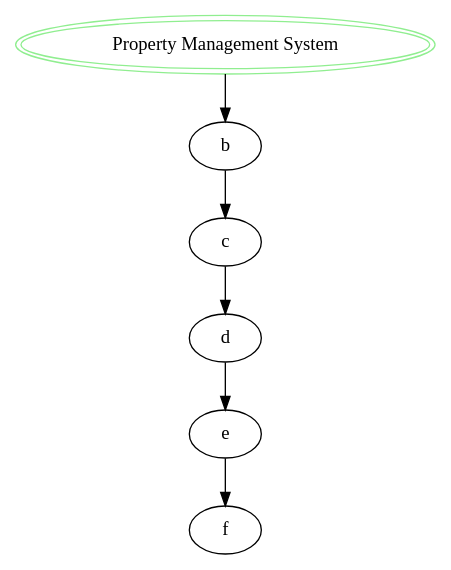
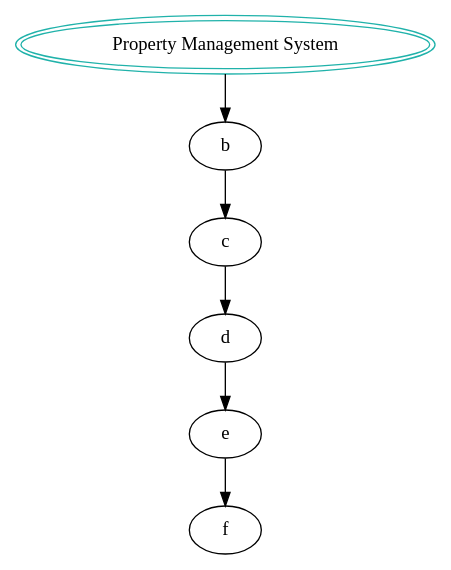
The diagram in docs/source/flowSequence.rst (IIITM-Jay/Property-Management-System-Docs), drawn with Graphviz before and after one commit.

```diff
--- a/docs/source/flowSequence.rst
+++ b/docs/source/flowSequence.rst
@@ -5,7 +5,7 @@
 .. graphviz::
    :align: center
 
    digraph {
       a->b->c->d->e->f;
-      a [shap=ellipse, peripheries=2,color=lightgreen, label="Property Management System"];
+      a [shap=ellipse, peripheries=2,color= lightseagreen, label="Property Management System"];
    }
```
